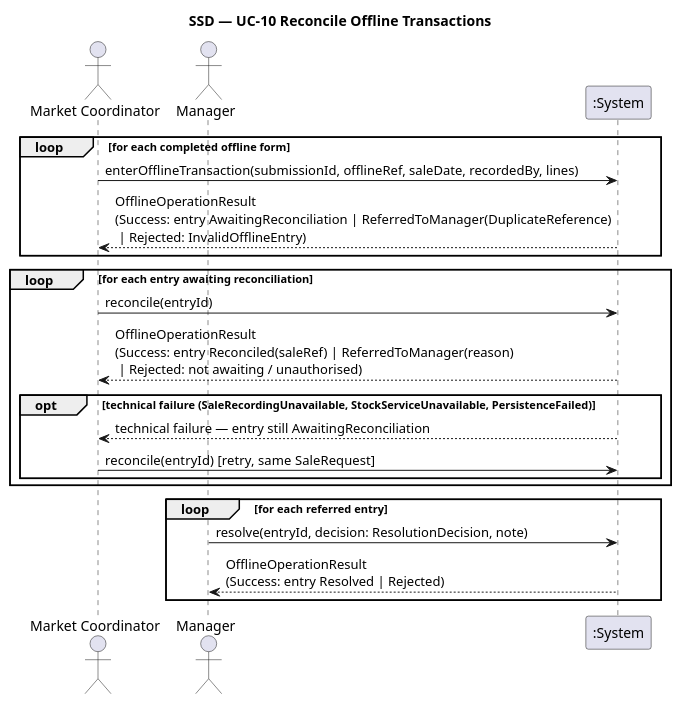
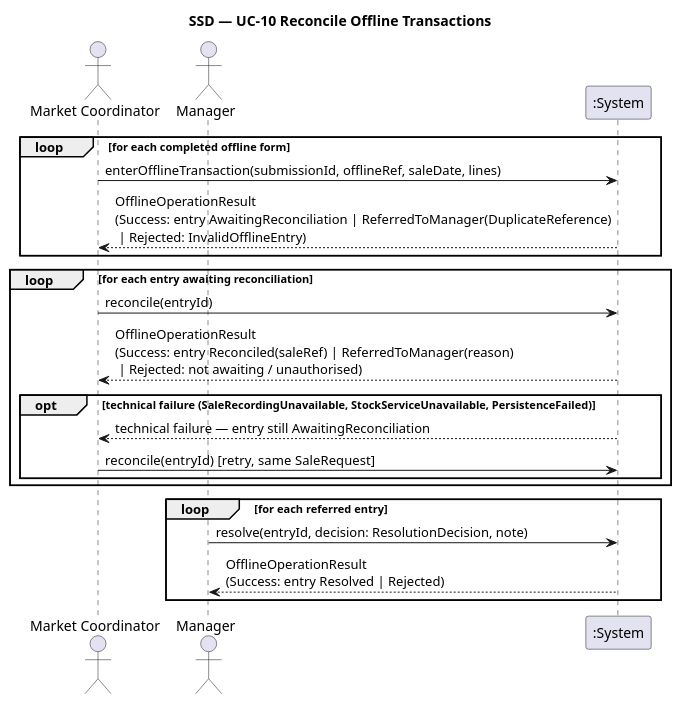
One commit to Mykola-Rubliuk/LocalCraftMarketplace changed the diagram in ca2-analysis/slices/slice-3/ssd/ssd.puml. Above: the diagram before and after it, drawn with PlantUML. The commit also changed 33 other files, not shown here.

```diff
--- a/ca2-analysis/slices/slice-3/ssd/ssd.puml
+++ b/ca2-analysis/slices/slice-3/ssd/ssd.puml
@@ -1,25 +1,25 @@
 @startuml
 title SSD — UC-10 Reconcile Offline Transactions
 actor "Market Coordinator" as C
 actor Manager as M
 participant ":System" as S
 
 loop for each completed offline form
-  C -> S : enterOfflineTransaction(submissionId, offlineRef, saleDate, recordedBy, lines)
+  C -> S : enterOfflineTransaction(submissionId, offlineRef, saleDate, lines)
   S --> C : OfflineOperationResult\n(Success: entry AwaitingReconciliation | ReferredToManager(DuplicateReference)\n | Rejected: InvalidOfflineEntry)
 end
 
 loop for each entry awaiting reconciliation
   C -> S : reconcile(entryId)
   S --> C : OfflineOperationResult\n(Success: entry Reconciled(saleRef) | ReferredToManager(reason)\n | Rejected: not awaiting / unauthorised)
   opt technical failure (SaleRecordingUnavailable, StockServiceUnavailable, PersistenceFailed)
     S --> C : technical failure — entry still AwaitingReconciliation
     C -> S : reconcile(entryId)  [retry, same SaleRequest]
   end
 end
 
 loop for each referred entry
   M -> S : resolve(entryId, decision: ResolutionDecision, note)
   S --> M : OfflineOperationResult\n(Success: entry Resolved | Rejected)
 end
 @enduml
```
